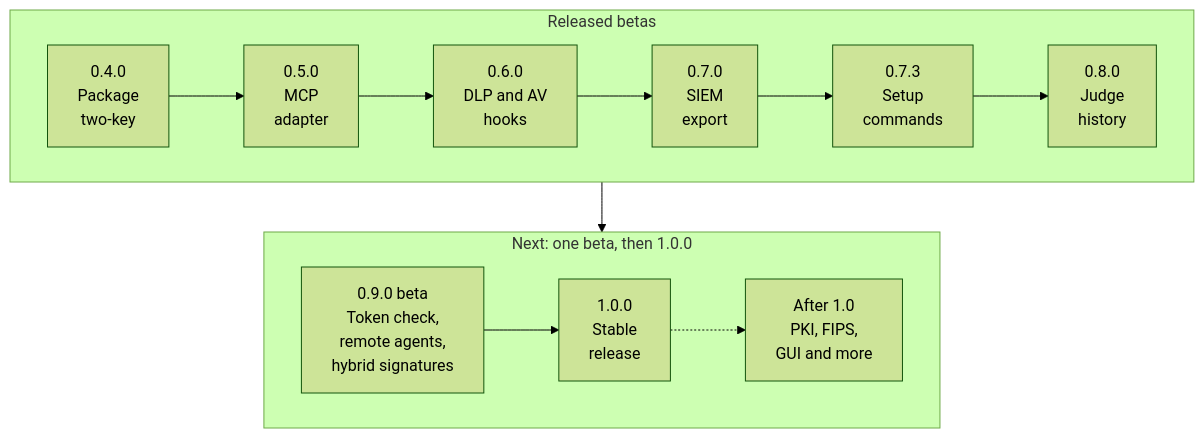
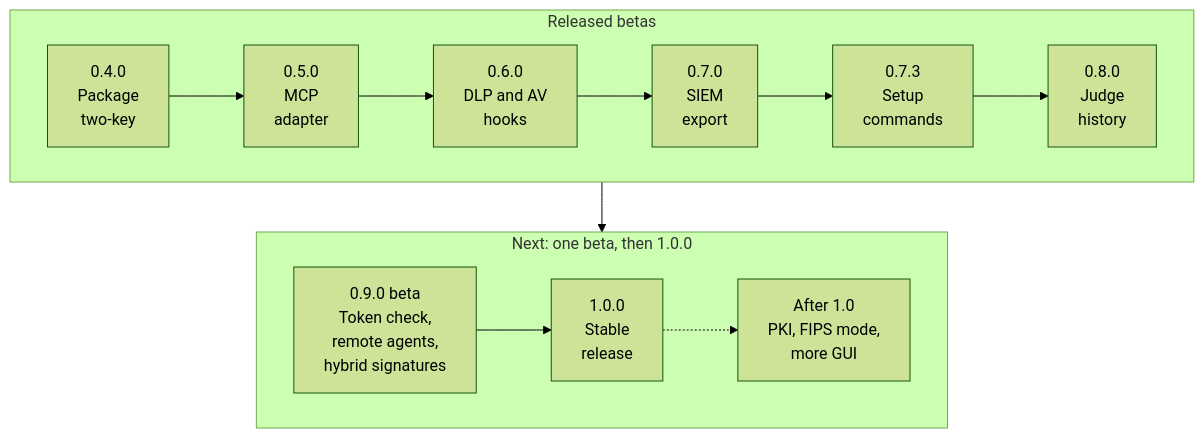
The fourth of 4 diagrams in README.md (Insomniac-VibeLabs/two-key), drawn with Mermaid (forest theme) before and after one commit. The commit also changed other lines of this file and 9 other files, not shown here.

First line of the commit message:
FIPS approved mode after 1.0, positive wording, README facts, tables and diagrams

````diff
--- a/README.md
+++ b/README.md
@@ -689,12 +651,12 @@
 ```mermaid
 flowchart TD
   subgraph done["Released betas"]
     direction LR
     r04["0.4.0<br/>Package<br/>two-key"] --> r05["0.5.0<br/>MCP<br/>adapter"] --> r06["0.6.0<br/>DLP and AV<br/>hooks"] --> r07["0.7.0<br/>SIEM<br/>export"] --> r073["0.7.3<br/>Setup<br/>commands"] --> r08["0.8.0<br/>Judge<br/>history"]
   end
   subgraph next["Next: one beta, then 1.0.0"]
     direction LR
-    r09["0.9.0 beta<br/>Token check,<br/>remote agents,<br/>hybrid signatures"] --> r10["1.0.0<br/>Stable<br/>release"] -.-> after["After 1.0<br/>PKI, FIPS,<br/>GUI and more"]
+    r09["0.9.0 beta<br/>Token check,<br/>remote agents,<br/>hybrid signatures"] --> r10["1.0.0<br/>Stable<br/>release"] -.-> after["After 1.0<br/>PKI, FIPS mode,<br/>more GUI"]
   end
   done --> next
 ```
````
